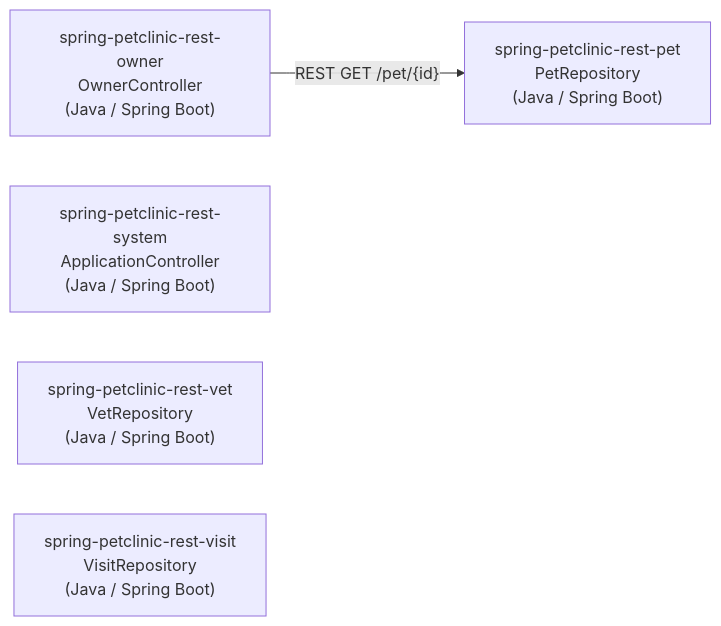
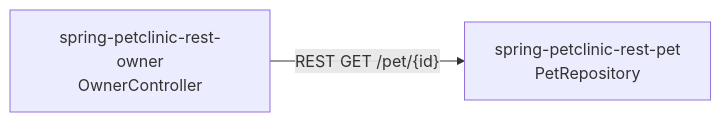
One commit to EmbedFlow-MicroserviceDecomposition/metric-analysis changed the diagram in doc/CallGraph_MS010.md. Above: the diagram before and after it, drawn with Mermaid. The commit also changed other lines of this file and 9 other files, not shown here.

First line of the commit message:
refactor(ground_truth): keep only inter-microservice interfaces in exposed_interfaces and update call graph docs

````diff
--- a/doc/CallGraph_MS010.md
+++ b/doc/CallGraph_MS010.md
@@ -16,10 +18,7 @@
 ```mermaid
 flowchart LR
-    OWN["spring-petclinic-rest-owner\nOwnerController\n(Java / Spring Boot)"]
-    PET["spring-petclinic-rest-pet\nPetRepository\n(Java / Spring Boot)"]
-    SYS["spring-petclinic-rest-system\nApplicationController\n(Java / Spring Boot)"]
-    VET["spring-petclinic-rest-vet\nVetRepository\n(Java / Spring Boot)"]
-    VIS["spring-petclinic-rest-visit\nVisitRepository\n(Java / Spring Boot)"]
+    OWN["spring-petclinic-rest-owner\nOwnerController"]
+    PET["spring-petclinic-rest-pet\nPetRepository"]
 
     OWN -->|"REST  GET /pet/{id}"| PET
 ```
````
